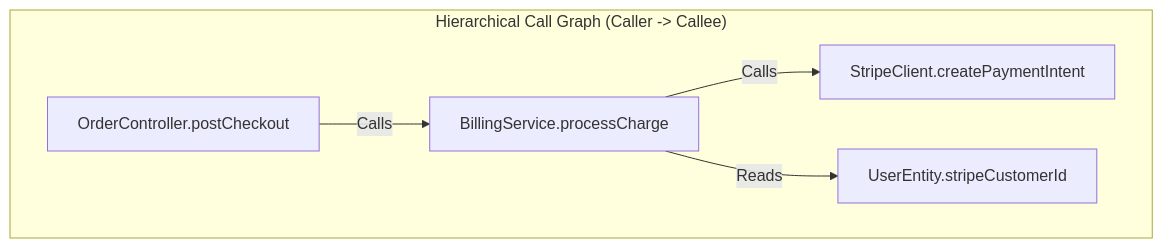
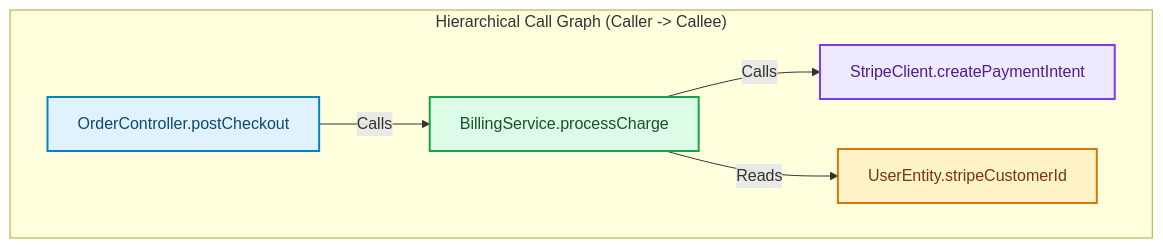
One commit to akmalkhaniub/akmalkhaniub.github.io changed the second of 2 diagrams in blog/posts/indexing-10m-line-codebases-ai-agents-tree-sitter-ast-call-graphs.md. Above: the diagram before and after it, drawn with Mermaid. The commit also changed other lines of this file and 1291 other files, not shown here.

First line of the commit message:
feat(catalog): unique covers, scholarly references, and diagram palettes

````diff
--- a/blog/posts/indexing-10m-line-codebases-ai-agents-tree-sitter-ast-call-graphs.md
+++ b/blog/posts/indexing-10m-line-codebases-ai-agents-tree-sitter-ast-call-graphs.md
@@ -66,8 +77,18 @@
 ```mermaid
 flowchart TD
   subgraph SG3_HierarchicalCallGraph ["Hierarchical Call Graph (Caller -> Callee)"]
-    A[OrderController.postCheckout] -->|Calls| B[BillingService.processCharge]
-    B -->|Calls| C[StripeClient.createPaymentIntent]
-    B -->|Reads| D[UserEntity.stripeCustomerId]
+    A["OrderController.postCheckout"] -->|Calls| B["BillingService.processCharge"]
+    B -->|Calls| C["StripeClient.createPaymentIntent"]
+    B -->|Reads| D["UserEntity.stripeCustomerId"]
   end
+
+classDef green fill:#dcfce7,stroke:#16a34a,stroke-width:2px,color:#14532d;
+classDef red fill:#fee2e2,stroke:#dc2626,stroke-width:2px,color:#7f1d1d;
+classDef blue fill:#e0f2fe,stroke:#0284c7,stroke-width:2px,color:#0c4a6e;
+classDef yellow fill:#fef3c7,stroke:#d97706,stroke-width:2px,color:#78350f;
+classDef purple fill:#ede9fe,stroke:#7c3aed,stroke-width:2px,color:#4c1d95;
+class A blue
+class B green
+class C purple
+class D yellow
 ```
````
